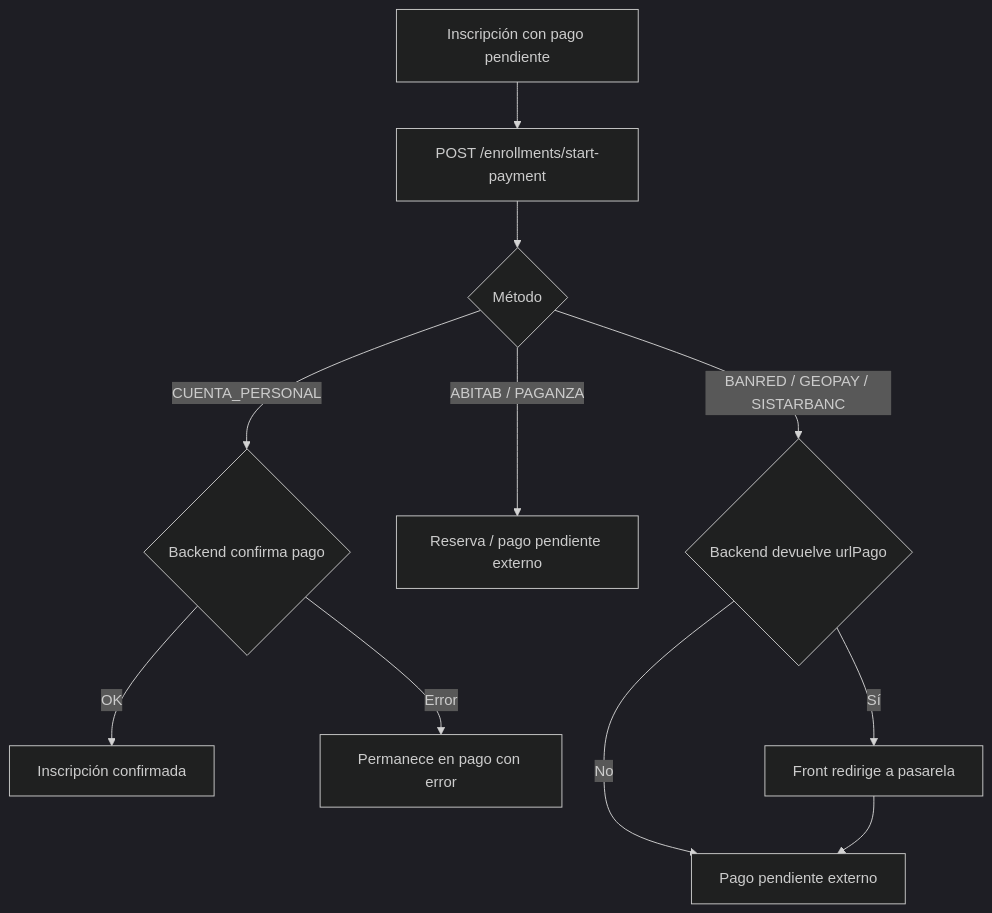
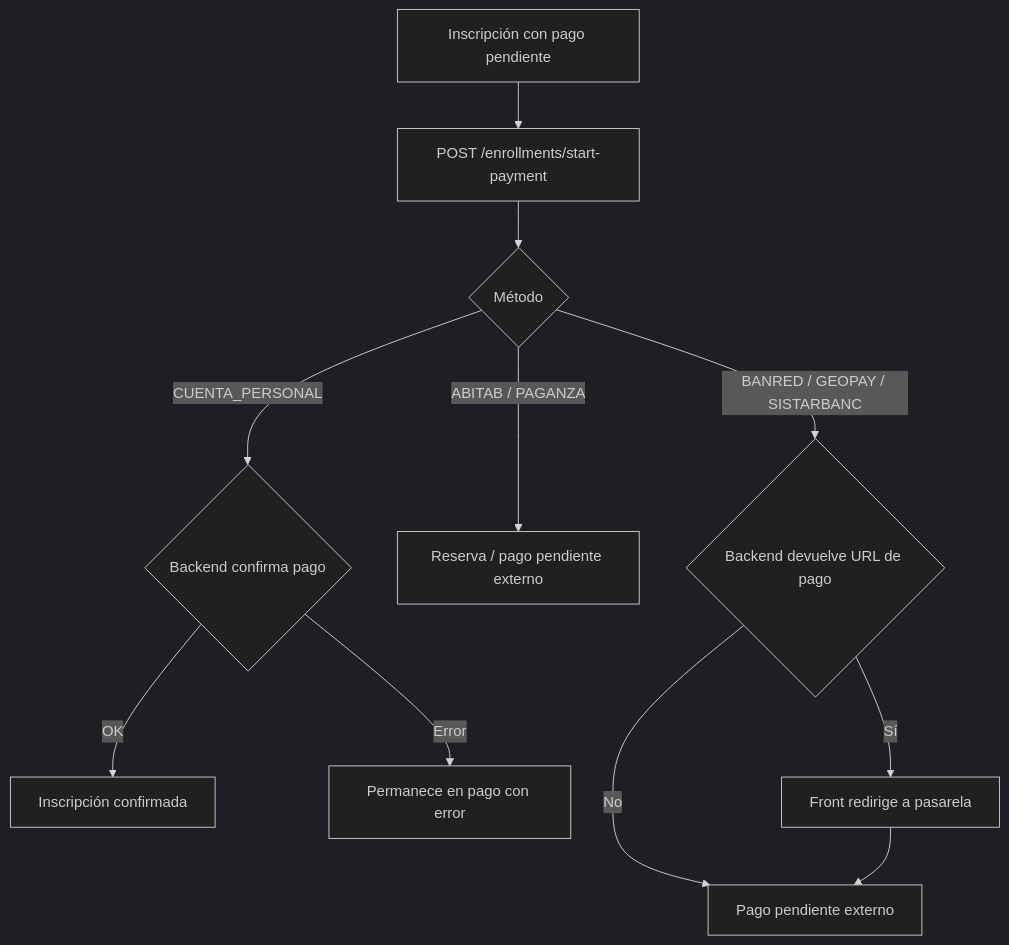
The second of 2 diagrams in docs/flujos/inscripciones.md (DesarrolloORT/admisiones-mono), drawn with Mermaid (dark theme) before and after one commit. The commit also changed other lines of this file and 89 other files, not shown here.

````diff
--- a/docs/flujos/inscripciones.md
+++ b/docs/flujos/inscripciones.md
@@ -835,13 +835,13 @@
 ```mermaid
 flowchart TD
   A[Inscripción con pago pendiente] --> B[POST /enrollments/start-payment]
   B --> C{Método}
   C -->|CUENTA_PERSONAL| D{Backend confirma pago}
   D -->|OK| E[Inscripción confirmada]
   D -->|Error| F[Permanece en pago con error]
   C -->|ABITAB / PAGANZA| G[Reserva / pago pendiente externo]
-  C -->|BANRED / GEOPAY / SISTARBANC| H{Backend devuelve urlPago}
+  C -->|BANRED / GEOPAY / SISTARBANC| H{Backend devuelve URL de pago}
   H -->|Sí| I[Front redirige a pasarela]
   H -->|No| J[Pago pendiente externo]
   I --> J
 ```
````
